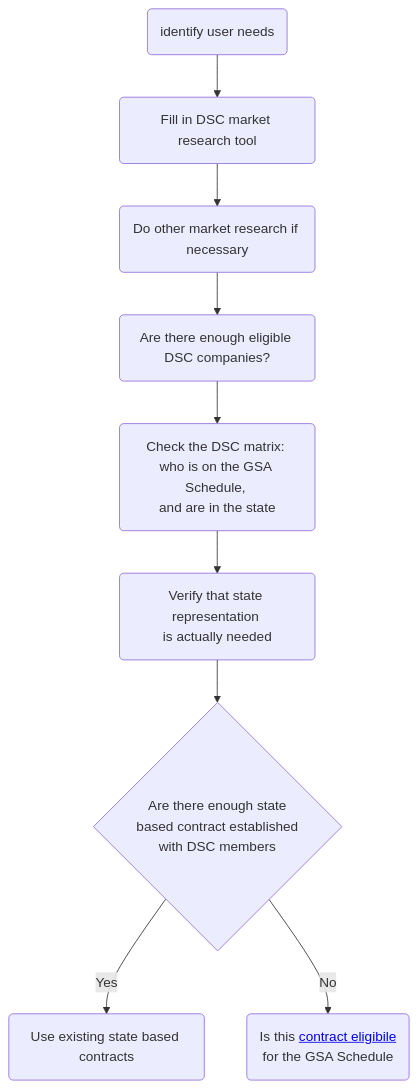
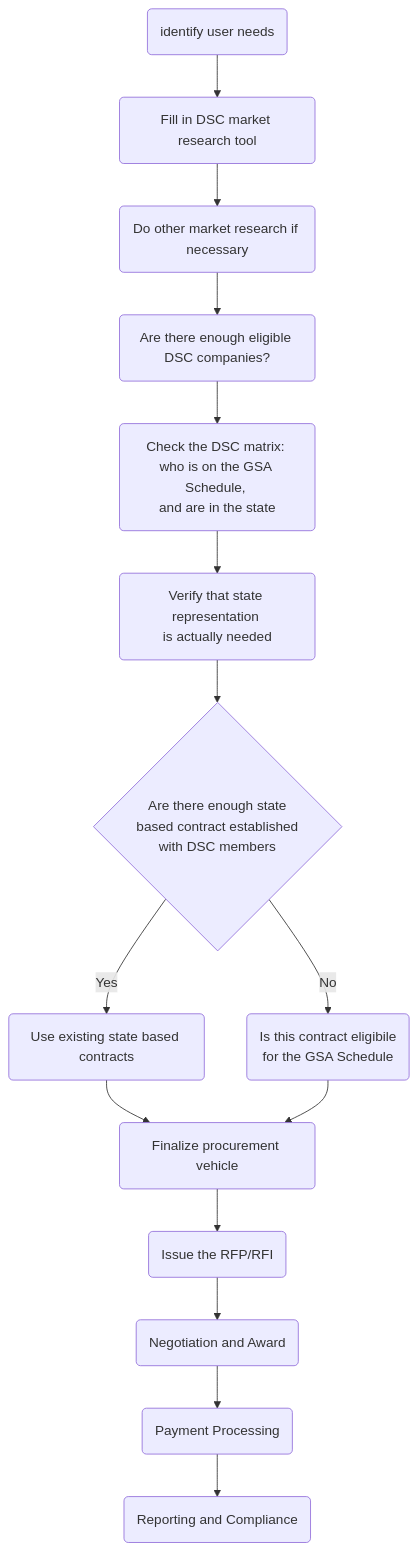
One commit to mgifford/mermaid-graphs changed the diagram in dsc-decision-tree.md. Above: the diagram before and after it, drawn with Mermaid.

````diff
--- a/dsc-decision-tree.md
+++ b/dsc-decision-tree.md
@@ -3,11 +3,17 @@
 ```mermaid
 graph TD
     UserNeeds(identify user needs)-->DSC_MR(Fill in DSC market research tool);
     DSC_MR-->More_MR(Do other market research if necessary);
     More_MR-->CompanyPool(Are there enough eligible DSC companies?);
     CompanyPool-->DSC_Matrix(Check the DSC matrix: <br>who is on the GSA Schedule, <br>and are in the state);
     DSC_Matrix-->StateRepresentation(Verify that state representation <br>is actually needed);
     StateRepresentation-->DSC_InState{Are there enough state <br>based contract established <br>with DSC members};
     DSC_InState--> |Yes| UseStateContract(Use existing state based contracts);
-    DSC_InState--> |No| Eligible4GSA_Schedule(Is this <a href="https://www.gsa.gov/policy-regulations/policy/acquisition-policy/eligibility-determinations">contract eligibile</a> <br>for the GSA Schedule);
+    DSC_InState--> |No| Eligible4GSA_Schedule(Is this contract eligibile <br>for the GSA Schedule);
+    UseStateContract-->ProcurementVehicle(Finalize procurement vehicle);
+    Eligible4GSA_Schedule-->ProcurementVehicle;
+    ProcurementVehicle-->IssueRFP(Issue the RFP/RFI);
+    IssueRFP-->Negotiation(Negotiation and Award);
+    Negotiation-->Payment(Payment Processing);
+    Payment-->Reporting(Reporting and Compliance);
 ```
````
